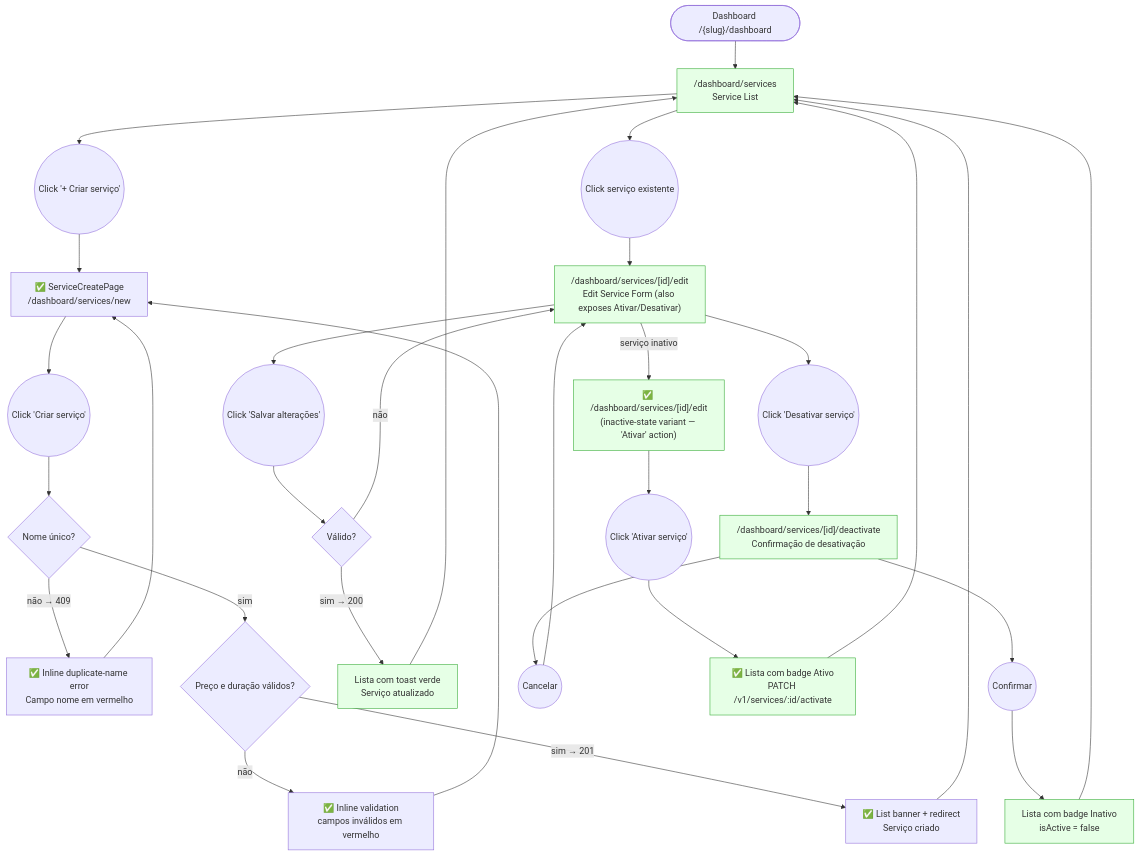
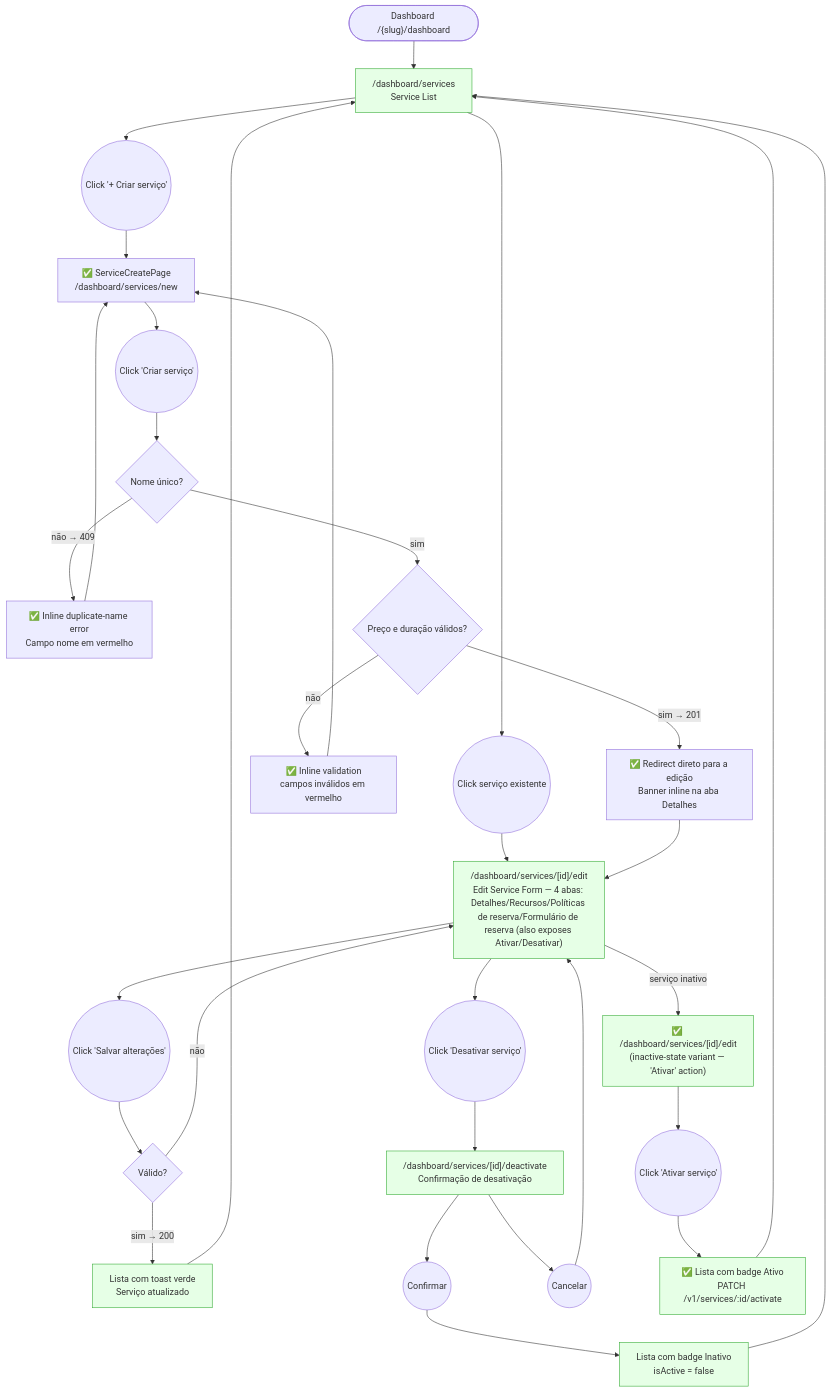
One commit to lmmoreira/ikaro changed the diagram in plan/journey/staff/servicos.md. Above: the diagram before and after it, drawn with Mermaid. The commit also changed other lines of this file and 28 other files, not shown here.

````diff
--- a/plan/journey/staff/servicos.md
+++ b/plan/journey/staff/servicos.md
@@ -10,47 +10,47 @@
 ```mermaid
 flowchart TD
     classDef existing fill:#e6ffe6,stroke:#3a3
     classDef gap stroke:#f00,stroke-dasharray: 5 5,fill:#fee
 
     Start(["Dashboard /{slug}/dashboard"]) --> List["/dashboard/services<br/>Service List"]
 
     List --> CreateBtn(("Click '+ Criar serviço'"))
     List --> EditClick(("Click serviço existente"))
 
     %% UC-012 — Create
     CreateBtn --> CreateForm["✅ ServiceCreatePage<br/>/dashboard/services/new"]
     CreateForm --> CreateSubmit(("Click 'Criar serviço'"))
     CreateSubmit --> NameCheck{"Nome único?"}
     NameCheck -- "não → 409" --> NameError["✅ Inline duplicate-name error<br/>Campo nome em vermelho"]
     NameError --> CreateForm
     NameCheck -- "sim" --> PriceCheck{"Preço e duração válidos?"}
     PriceCheck -- "não" --> ValError["✅ Inline validation<br/>campos inválidos em vermelho"]
     ValError --> CreateForm
-    PriceCheck -- "sim → 201" --> CreateSuccess["✅ List banner + redirect<br/>Serviço criado"]
+    PriceCheck -- "sim → 201" --> CreateSuccess["✅ Redirect direto para a edição<br/>Banner inline na aba Detalhes"]
 
     %% UC-013 — Edit
-    EditClick --> EditForm["/dashboard/services/[id]/edit<br/>Edit Service Form (also exposes Ativar/Desativar)"]
+    EditClick --> EditForm["/dashboard/services/[id]/edit<br/>Edit Service Form — 4 abas: Detalhes/Recursos/Políticas de reserva/Formulário de reserva (also exposes Ativar/Desativar)"]
     EditForm --> EditSubmit(("Click 'Salvar alterações'"))
     EditSubmit --> EditCheck{"Válido?"}
     EditCheck -- "não" --> EditForm
     EditCheck -- "sim → 200" --> EditSuccess["Lista com toast verde<br/>Serviço atualizado"]
 
     EditForm --> DeactivateBtn(("Click 'Desativar serviço'"))
     DeactivateBtn --> DeactivateConfirm["/dashboard/services/[id]/deactivate<br/>Confirmação de desativação"]
     DeactivateConfirm --> ConfirmYes(("Confirmar"))
     DeactivateConfirm --> ConfirmNo(("Cancelar"))
     ConfirmYes --> DeactivateSuccess["Lista com badge Inativo<br/>isActive = false"]
     ConfirmNo --> EditForm
 
     %% UC-013 A4 — Reactivate (inactive service)
     EditForm -- "serviço inativo" --> InactiveEdit["✅ /dashboard/services/[id]/edit<br/>(inactive-state variant — 'Ativar' action)"]
     InactiveEdit --> ActivateBtn(("Click 'Ativar serviço'"))
     ActivateBtn --> ActivateSuccess["✅ Lista com badge Ativo<br/>PATCH /v1/services/:id/activate"]
 
-    CreateSuccess --> List
+    CreateSuccess --> EditForm
     EditSuccess --> List
     DeactivateSuccess --> List
     ActivateSuccess --> List
 
     class List,EditForm,DeactivateConfirm,EditSuccess,DeactivateSuccess,InactiveEdit,ActivateSuccess existing
 ```
````
